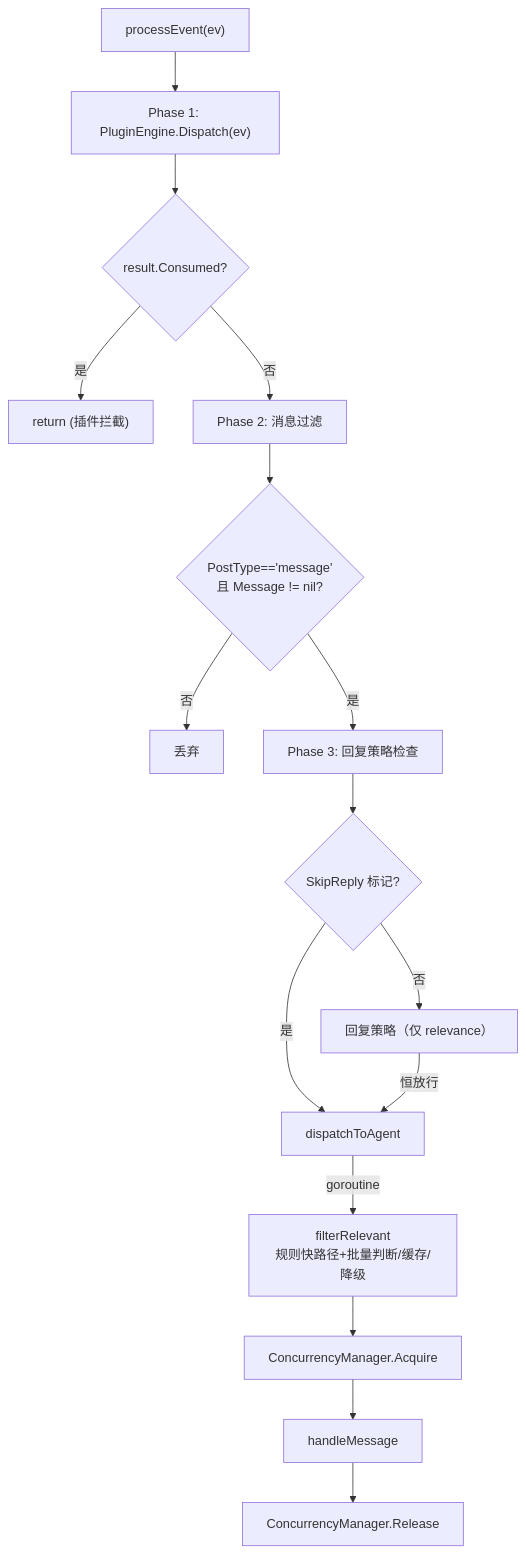
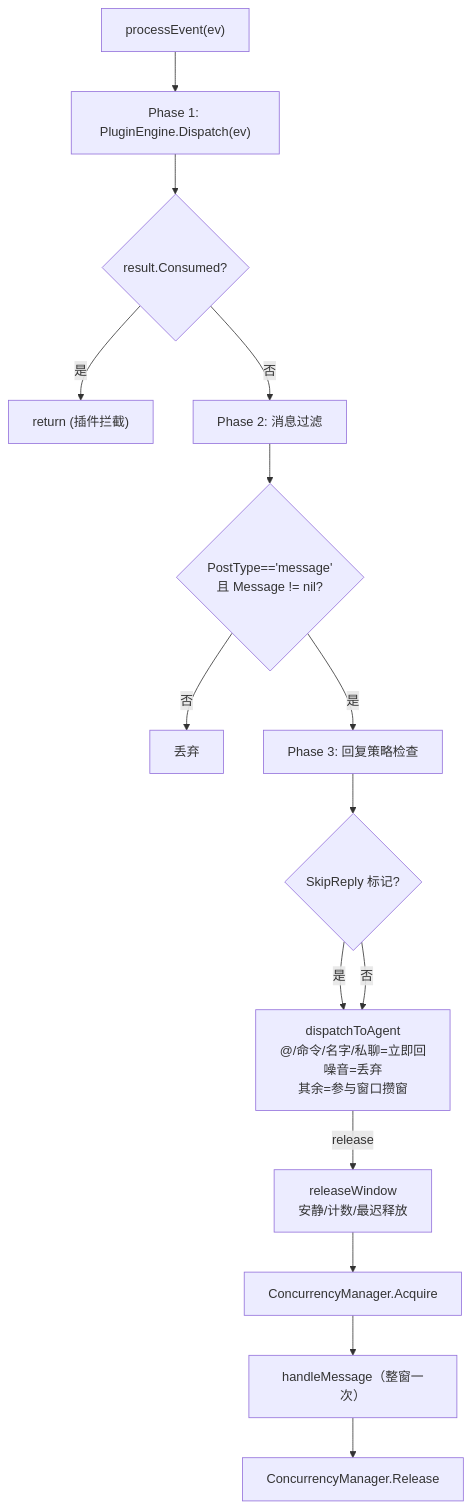
Before and after one commit to JuanNiangDev/JuanNiang-Neo: the seventh of 14 diagrams in docs/project-details.md, drawn with Mermaid. The commit also changed other lines of this file and 29 other files, not shown here.

````diff
--- a/docs/project-details.md
+++ b/docs/project-details.md
@@ -492,18 +489,17 @@
 ```mermaid
 flowchart TD
   Start["processEvent(ev)"] --> P1["Phase 1: PluginEngine.Dispatch(ev)"]
   P1 --> C1{"result.Consumed?"}
   C1 -->|是| Done["return (插件拦截)"]
   C1 -->|否| P2["Phase 2: 消息过滤"]
   P2 --> P2C{"PostType=='message'<br/>且 Message != nil?"}
   P2C -->|否| Drop["丢弃"]
   P2C -->|是| P3["Phase 3: 回复策略检查"]
   P3 --> P3C{"SkipReply 标记?"}
   P3C -->|是| DA["dispatchToAgent"]
-  P3C -->|否| STR["回复策略（仅 relevance）"]
-  STR -->|恒放行| DA["dispatchToAgent"]
-  DA -->|goroutine| FB["filterRelevant<br/>规则快路径+批量判断/缓存/降级"]
-  FB --> CM["ConcurrencyManager.Acquire"]
-  CM --> HM["handleMessage"]
+  P3C -->|否| DA["dispatchToAgent<br/>@/命令/名字/私聊=立即回<br/>噪音=丢弃<br/>其余=参与窗口攒窗"]
+  DA -->|release| RW["releaseWindow<br/>安静/计数/最迟释放"]
+  RW --> CM["ConcurrencyManager.Acquire"]
+  CM --> HM["handleMessage（整窗一次）"]
   HM --> CMR["ConcurrencyManager.Release"]
 ```
````
